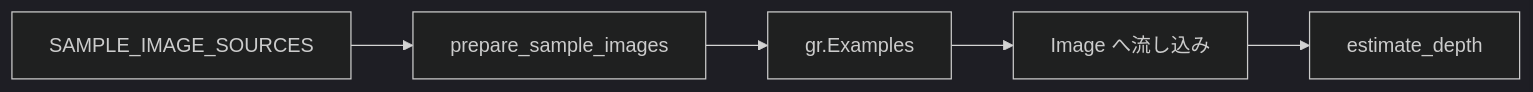
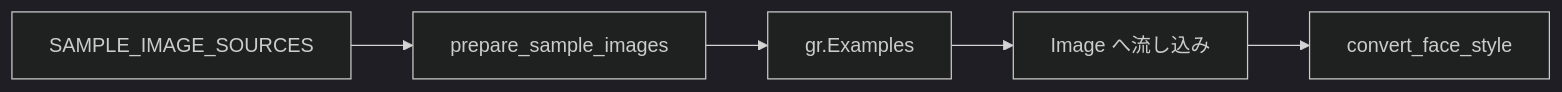
Before and after one commit to yryo1005/OpenCampus_Demo: the second of 2 diagrams in document.md, drawn with Mermaid (dark theme). The commit also changed other lines of this file and 4 other files, not shown here.

````diff
--- a/document.md
+++ b/document.md
@@ -47,7 +50,7 @@
 ```mermaid
 flowchart LR
     S1[SAMPLE_IMAGE_SOURCES] --> S2[prepare_sample_images]
     S2 --> S3[gr.Examples]
     S3 --> S4[Image へ流し込み]
-    S4 --> S5[estimate_depth]
+    S4 --> S5[convert_face_style]
 ```
````
